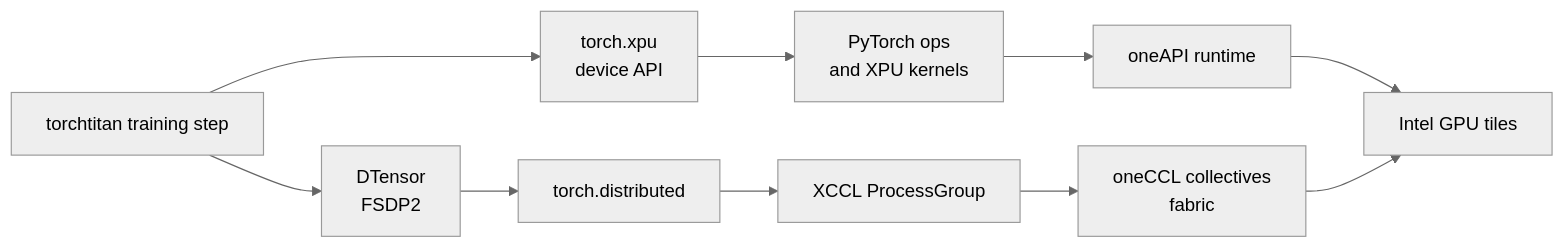
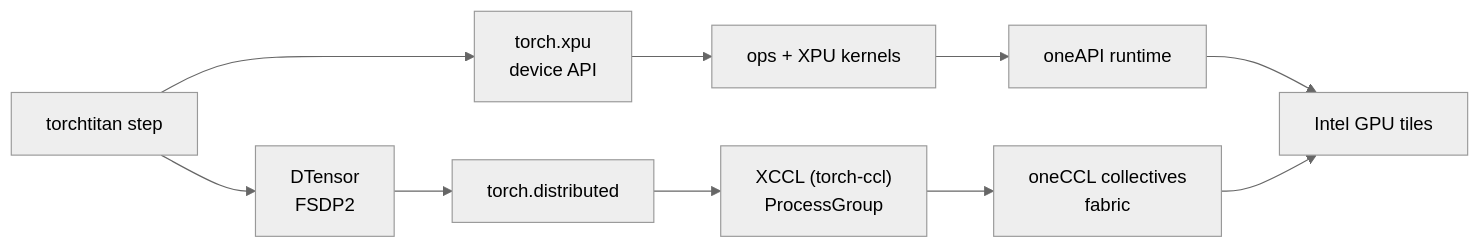
One commit to saforem2/samf.sh changed the first of 2 diagrams in web/src/pages/talks/2026/10/21/index.mdx. Above: the diagram before and after it, drawn with Mermaid (neutral theme). The commit also changed other lines of this file and 5 other files, not shown here.

````diff
--- a/web/src/pages/talks/2026/10/21/index.mdx
+++ b/web/src/pages/talks/2026/10/21/index.mdx
@@ -226,13 +92,12 @@
 ```mermaid
 flowchart LR
-    TRAIN["torchtitan training step"]
-    TRAIN --> DEVICE["torch.xpu<br/>device API"]
-    DEVICE --> KERNELS["PyTorch ops<br/>and XPU kernels"]
+    TRAIN["torchtitan step"] --> DEVICE["torch.xpu<br/>device API"]
+    DEVICE --> KERNELS["ops + XPU kernels"]
     KERNELS --> RUNTIME["oneAPI runtime"]
     RUNTIME --> GPU["Intel GPU tiles"]
     TRAIN --> PARALLEL["DTensor<br/>FSDP2"]
     PARALLEL --> DIST["torch.distributed"]
-    DIST --> XCCL["XCCL ProcessGroup"]
+    DIST --> XCCL["XCCL (torch-ccl)<br/>ProcessGroup"]
     XCCL --> COLLECTIVE["oneCCL collectives<br/>fabric"]
     COLLECTIVE --> GPU
 ```
````
